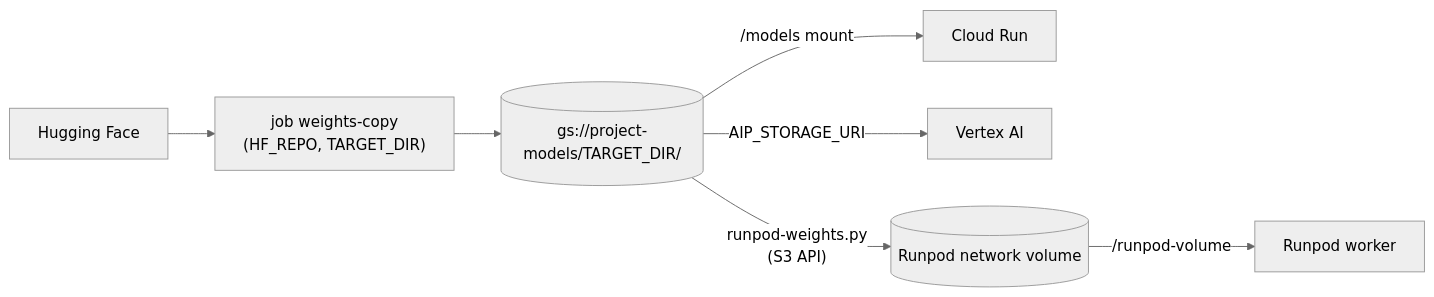
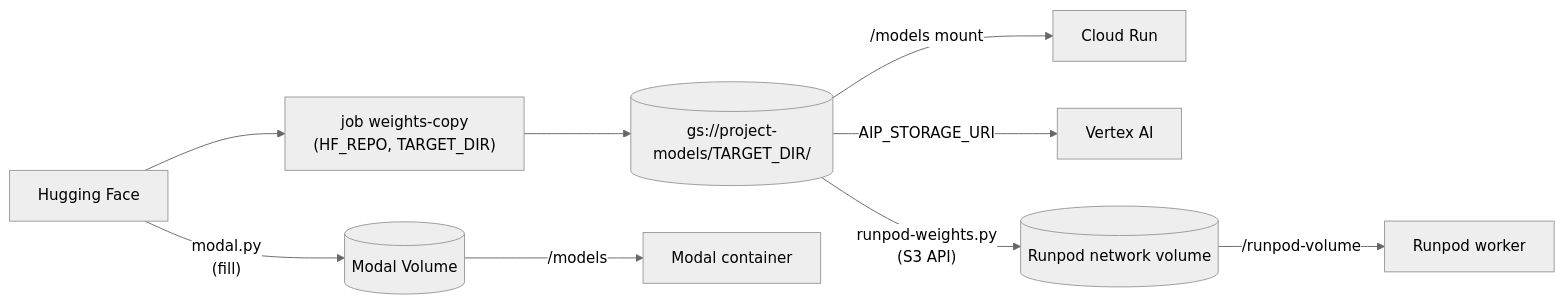
The second of 2 diagrams in docs/README.md (koval-yurko/custom-models-inference), drawn with Mermaid (neutral theme) before and after one commit. The commit also changed other lines of this file and 40 other files, not shown here.

````diff
--- a/docs/README.md
+++ b/docs/README.md
@@ -47,9 +47,11 @@
 ```mermaid
 flowchart LR
     HF["Hugging Face"] --> J["job weights-copy<br/>(HF_REPO, TARGET_DIR)"]
     J --> B[("gs://project-models/TARGET_DIR/")]
     B -->|"/models mount"| CR["Cloud Run"]
     B -->|"AIP_STORAGE_URI"| VX["Vertex AI"]
     B -->|"runpod-weights.py<br/>(S3 API)"| NV[("Runpod network volume")]
     NV -->|"/runpod-volume"| RP["Runpod worker"]
+    HF -->|"modal.py<br/>(fill)"| MV[("Modal Volume")]
+    MV -->|"/models"| MC["Modal container"]
 ```
````
